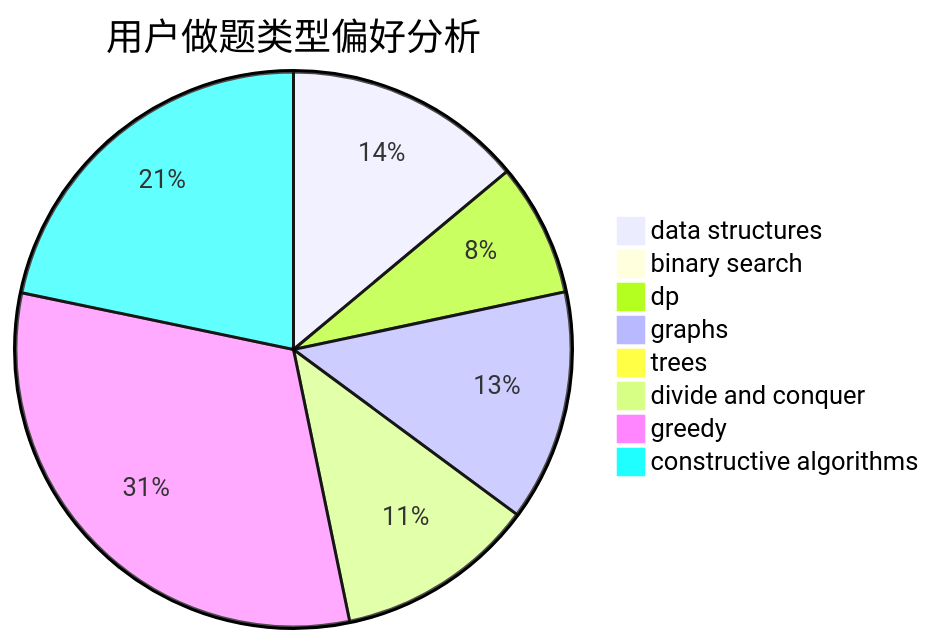
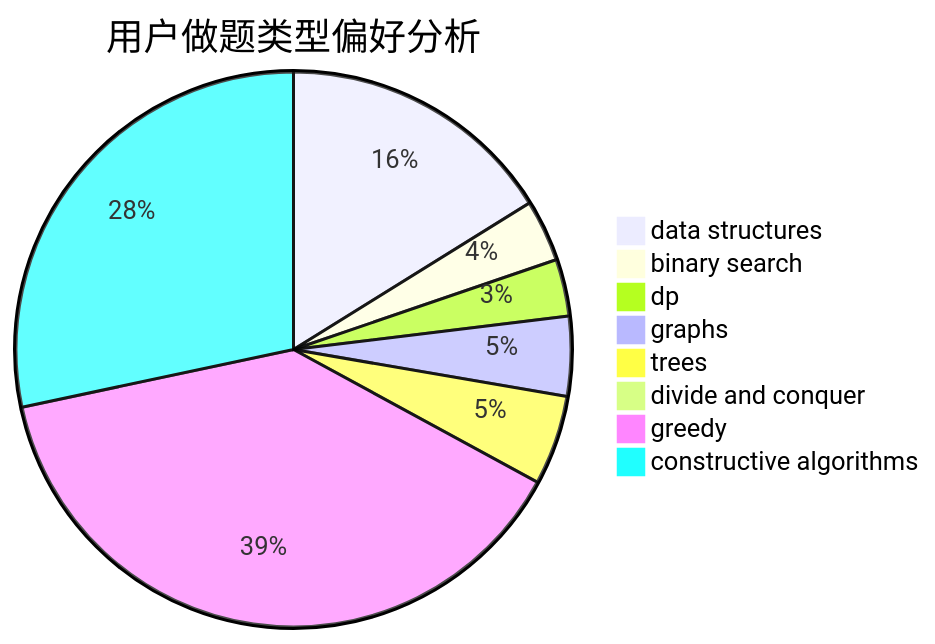
The second of 3 diagrams in docs/user/u1299.md (sherpahu/cfrs.github.io), drawn with Mermaid before and after one commit. The commit also changed other lines of this file and 2770 other files, not shown here.

````diff
--- a/docs/user/u1299.md
+++ b/docs/user/u1299.md
@@ -23,11 +23,11 @@
 ```mermaid
 pie title 用户做题类型偏好分析
-    "data structures" :  290
-    "binary search" :  21
-    "dp" :  161
-    "graphs" :  280
-    "trees" :  9
-    "divide and conquer" :  242
-    "greedy" :  656
-    "constructive algorithms" :  452
+    "data structures" :  390
+    "binary search" :  87
+    "dp" :  80
+    "graphs" :  112
+    "trees" :  126
+    "divide and conquer" :  0
+    "greedy" :  935
+    "constructive algorithms" :  684
 ```
````
